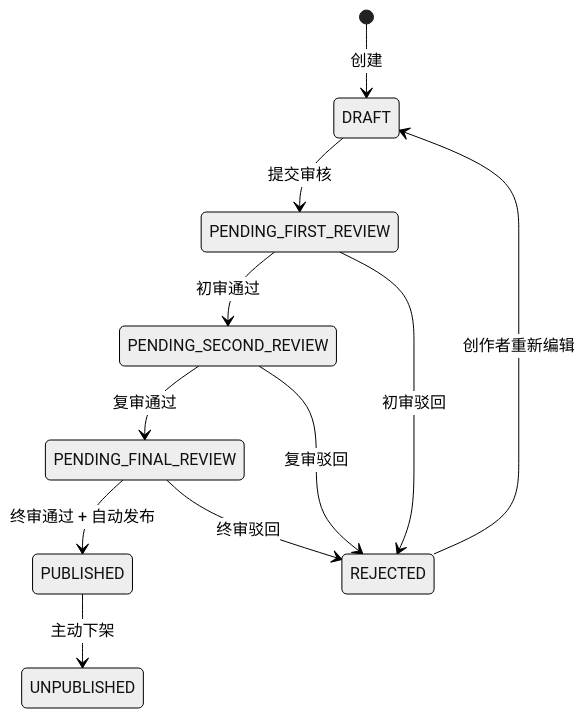
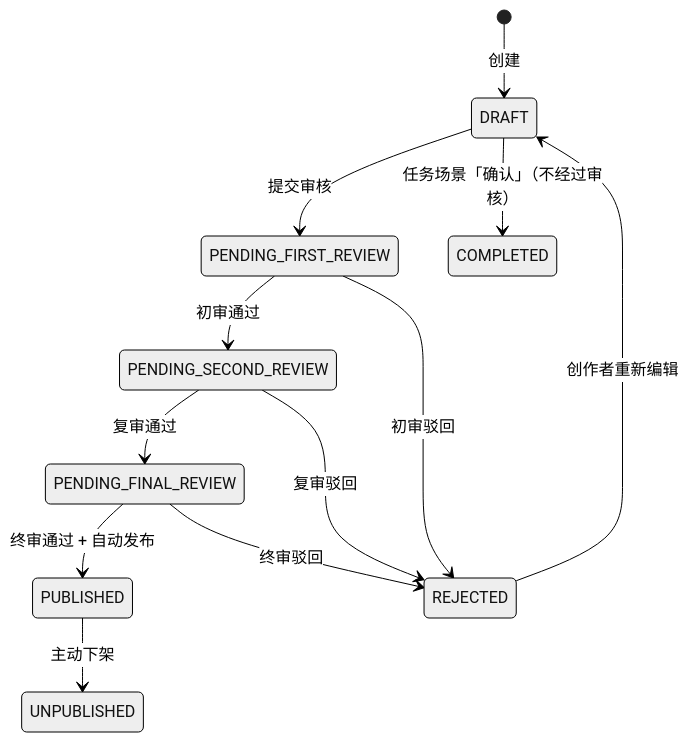
Before and after one commit to donnyskyWu/wd-ops: the third of 6 diagrams in docs/engineering/STATE-M2-内容生产.md, drawn with Mermaid (neutral theme). The commit also changed other lines of this file and 210 other files, not shown here.

````diff
--- a/docs/engineering/STATE-M2-内容生产.md
+++ b/docs/engineering/STATE-M2-内容生产.md
@@ -81,13 +103,14 @@
 ```mermaid
 stateDiagram-v2
     [*] --> DRAFT: 创建
     DRAFT --> PENDING_FIRST_REVIEW: 提交审核
     PENDING_FIRST_REVIEW --> PENDING_SECOND_REVIEW: 初审通过
     PENDING_FIRST_REVIEW --> REJECTED: 初审驳回
     PENDING_SECOND_REVIEW --> PENDING_FINAL_REVIEW: 复审通过
     PENDING_SECOND_REVIEW --> REJECTED: 复审驳回
     PENDING_FINAL_REVIEW --> PUBLISHED: 终审通过 + 自动发布
     PENDING_FINAL_REVIEW --> REJECTED: 终审驳回
     PUBLISHED --> UNPUBLISHED: 主动下架
     REJECTED --> DRAFT: 创作者重新编辑
+    DRAFT --> COMPLETED: 任务场景「确认」（不经过审核）
 ```
````
